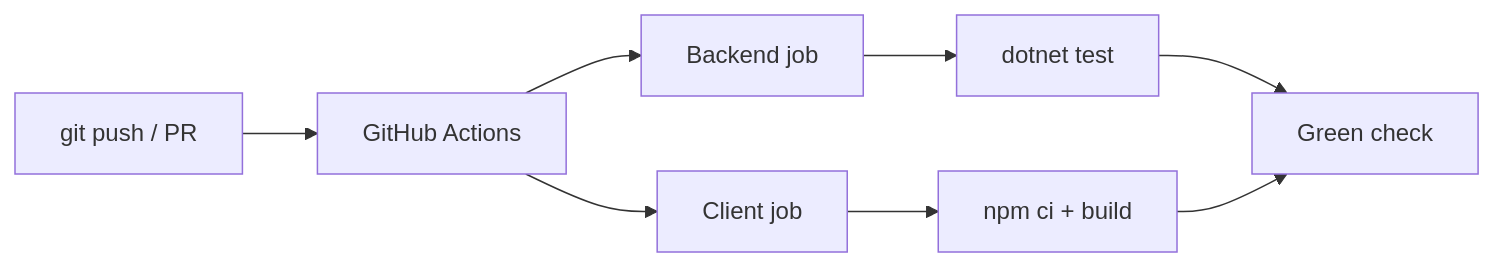
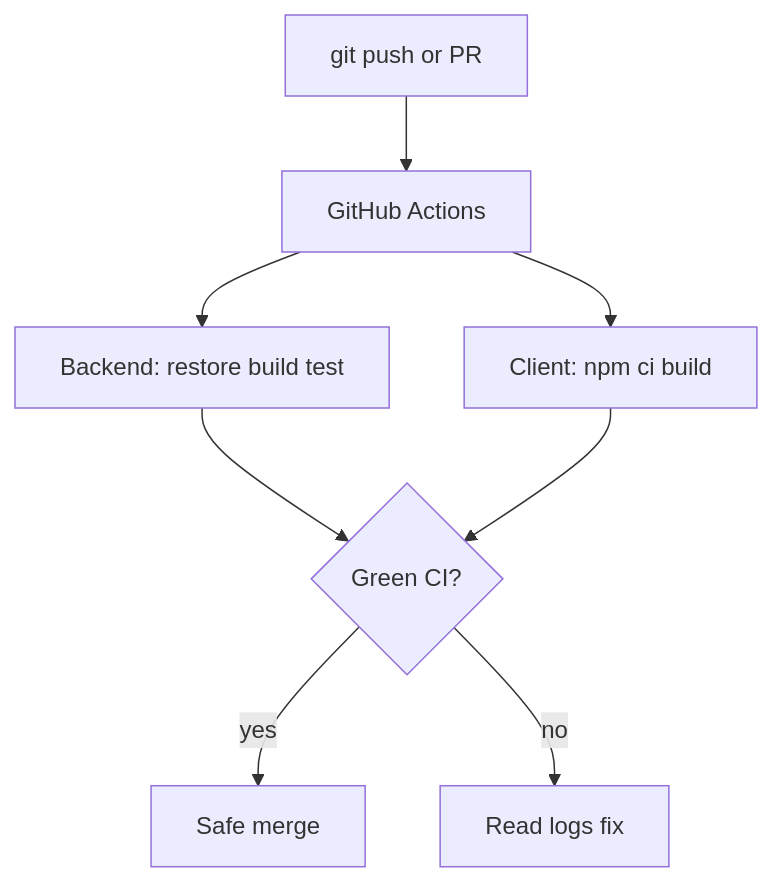
The first of 2 diagrams in docs/learning/en/21-ci-github-actions.md (fdeniz07/BankApp), drawn with Mermaid before and after one commit. The commit also changed other lines of this file and 105 other files, not shown here.

First line of the commit message:
doc: Enrich learning chapters with labs, pitfalls, and safe Mermaid

````diff
--- a/docs/learning/en/21-ci-github-actions.md
+++ b/docs/learning/en/21-ci-github-actions.md
@@ -10,10 +12,10 @@
 ```mermaid
-flowchart LR
-  PUSH[git push / PR] --> GA[GitHub Actions]
-  GA --> BE[Backend job]
-  GA --> FE[Client job]
-  BE --> T[dotnet test]
-  FE --> NPM[npm ci + build]
-  T --> OK[Green check]
-  NPM --> OK
+flowchart TD
+  P["git push or PR"] --> GH["GitHub Actions"]
+  GH --> BE["Backend: restore build test"]
+  GH --> CL["Client: npm ci build"]
+  BE --> OK{"Green CI?"}
+  CL --> OK
+  OK -->|yes| MERGE["Safe merge"]
+  OK -->|no| FIX["Read logs fix"]
 ```
````
